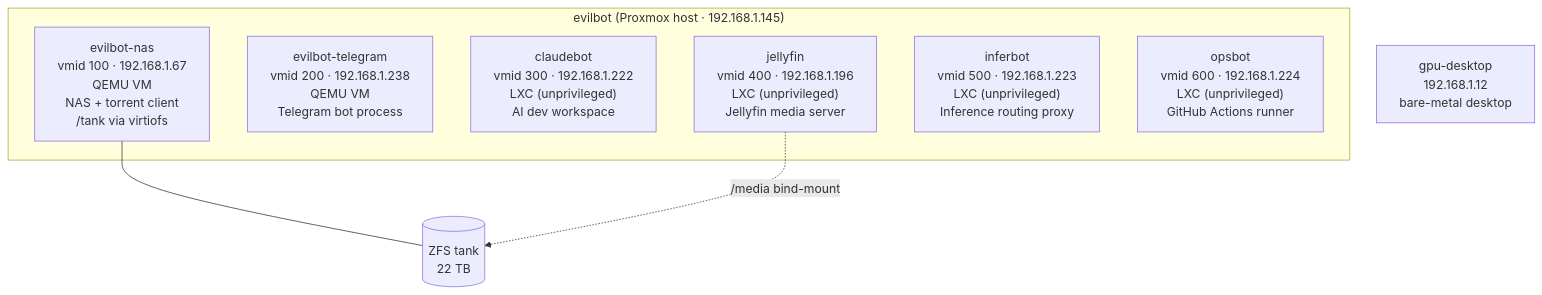
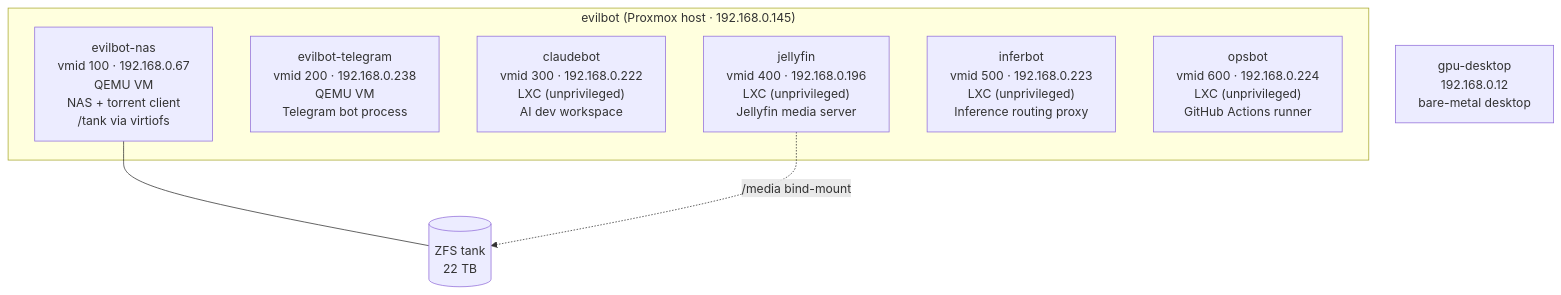
One commit to Haml3t/evilbot changed the first of 7 diagrams in docs/architecture.md. Above: the diagram before and after it, drawn with Mermaid. The commit also changed other lines of this file and 51 other files, not shown here.

````diff
--- a/docs/architecture.md
+++ b/docs/architecture.md
@@ -24,17 +24,17 @@
 ```mermaid
 graph TD
-    subgraph evilbot["evilbot (Proxmox host · 192.168.1.145)"]
-        nas["evilbot-nas\nvmid 100 · 192.168.1.67\nQEMU VM\nNAS + torrent client\n/tank via virtiofs"]
-        telegram["evilbot-telegram\nvmid 200 · 192.168.1.238\nQEMU VM\nTelegram bot process"]
-        claudebot["claudebot\nvmid 300 · 192.168.1.222\nLXC (unprivileged)\nAI dev workspace"]
-        jellyfin["jellyfin\nvmid 400 · 192.168.1.196\nLXC (unprivileged)\nJellyfin media server"]
-        inferbot["inferbot\nvmid 500 · 192.168.1.223\nLXC (unprivileged)\nInference routing proxy"]
-        opsbot["opsbot\nvmid 600 · 192.168.1.224\nLXC (unprivileged)\nGitHub Actions runner"]
+    subgraph evilbot["evilbot (Proxmox host · 192.168.0.145)"]
+        nas["evilbot-nas\nvmid 100 · 192.168.0.67\nQEMU VM\nNAS + torrent client\n/tank via virtiofs"]
+        telegram["evilbot-telegram\nvmid 200 · 192.168.0.238\nQEMU VM\nTelegram bot process"]
+        claudebot["claudebot\nvmid 300 · 192.168.0.222\nLXC (unprivileged)\nAI dev workspace"]
+        jellyfin["jellyfin\nvmid 400 · 192.168.0.196\nLXC (unprivileged)\nJellyfin media server"]
+        inferbot["inferbot\nvmid 500 · 192.168.0.223\nLXC (unprivileged)\nInference routing proxy"]
+        opsbot["opsbot\nvmid 600 · 192.168.0.224\nLXC (unprivileged)\nGitHub Actions runner"]
     end
 
-    gpudesktop["gpu-desktop\n192.168.1.12\nbare-metal desktop"]
+    gpudesktop["gpu-desktop\n192.168.0.12\nbare-metal desktop"]
 
     tank[("ZFS tank\n22 TB")]
     nas --- tank
     jellyfin -. "/media bind-mount" .-> tank
 ```
````
